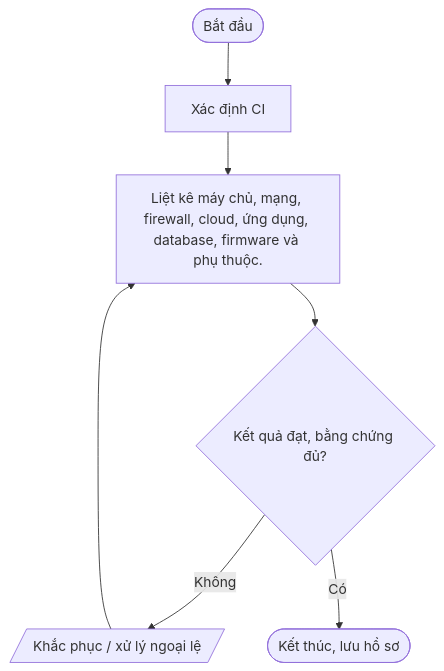
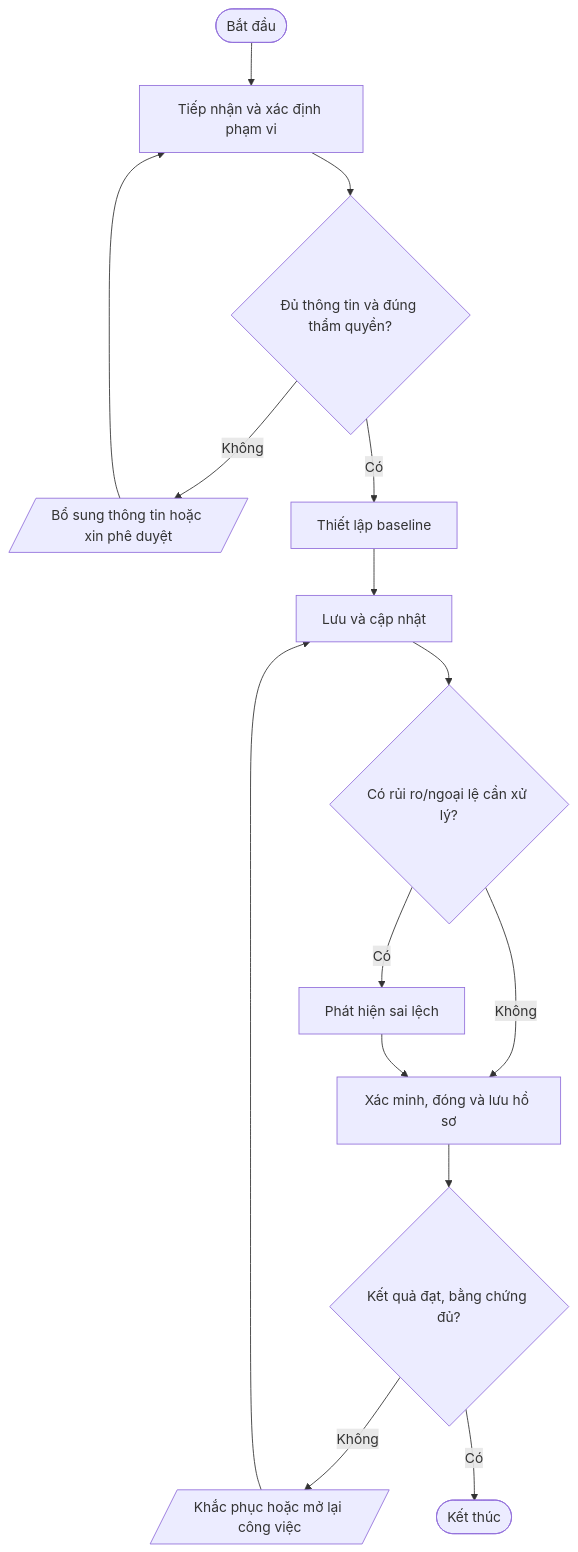
One commit to daoaigiangnam/Quy_Trinh_Chuan changed the seventh of 9 diagrams in quy-trinh/02-Van-hanh-IT/README.md. Above: the diagram before and after it, drawn with Mermaid. The commit also changed other lines of this file, not shown here.

Commit message:
docs: refine detailed procedure steps and Mermaid flowcharts

````diff
--- a/quy-trinh/02-Van-hanh-IT/README.md
+++ b/quy-trinh/02-Van-hanh-IT/README.md
@@ -472,11 +583,17 @@
 ```mermaid
 flowchart TD
-  A([Bắt đầu]) --> S1
-  S1["Xác định CI"]
-  S2["Liệt kê máy chủ, mạng, firewall, cloud, ứng dụng, database, firmware và phụ thuộc."]
-  S1 --> S2
-  S2 --> D2{"Kết quả đạt, bằng chứng đủ?"}
-  D2 -- Không --> REWORK[/"Khắc phục / xử lý ngoại lệ"/]
-  REWORK --> S2
-  D2 -- Có --> Z([Kết thúc, lưu hồ sơ])
+  A([Bắt đầu]) --> S1["Tiếp nhận và xác định phạm vi"]
+  S1 --> D1{"Đủ thông tin và đúng thẩm quyền?"}
+  D1 -- Không --> F1[/"Bổ sung thông tin hoặc xin phê duyệt"/]
+  F1 --> S1
+  D1 -- Có --> S2["Thiết lập baseline"]
+  S2 --> S3["Lưu và cập nhật"]
+  S3 --> D2{"Có rủi ro/ngoại lệ cần xử lý?"}
+  D2 -- Có --> S4["Phát hiện sai lệch"]
+  D2 -- Không --> S5["Xác minh, đóng và lưu hồ sơ"]
+  S4 --> S5
+  S5 --> D3{"Kết quả đạt, bằng chứng đủ?"}
+  D3 -- Không --> R[/"Khắc phục hoặc mở lại công việc"/]
+  R --> S3
+  D3 -- Có --> Z([Kết thúc])
 ```
````
